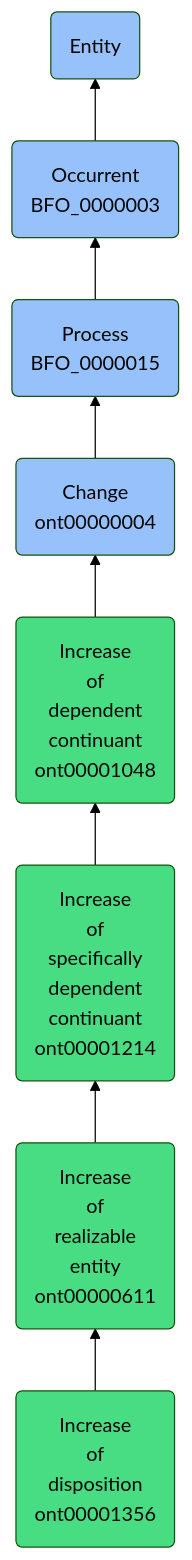
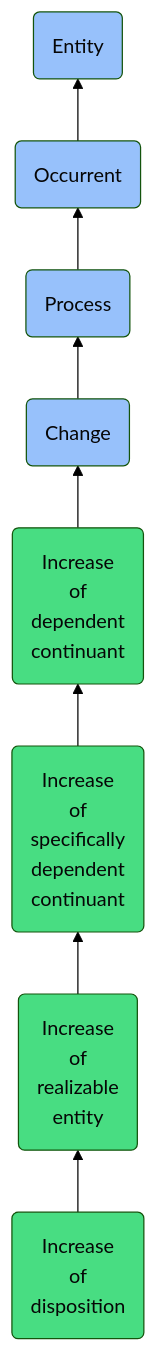
The diagram in docs/ontology/reference/model/Entity/Occurrent/Process/Change/Increase of dependent continuant/Increase of specifically dependent continuant/Increase of realizable entity/Increase of disposition/Increase of disposition.md (jupyter-naas/abi), drawn with Mermaid (forest theme) before and after one commit. The commit also changed other lines of this file and 1430 other files, not shown here.

````diff
--- a/docs/ontology/reference/model/Entity/Occurrent/Process/Change/Increase of dependent continuant/Increase of specifically dependent continuant/Increase of realizable entity/Increase of disposition/Increase of disposition.md
+++ b/docs/ontology/reference/model/Entity/Occurrent/Process/Change/Increase of dependent continuant/Increase of specifically dependent continuant/Increase of realizable entity/Increase of disposition/Increase of disposition.md
@@ -24,15 +24,15 @@
 ```mermaid
 graph BT
-    ont00001356(Increase<br>of<br>disposition<br>ont00001356):::ABI-->ont00000611
-    ont00000611(Increase<br>of<br>realizable<br>entity<br>ont00000611):::ABI-->ont00001214
-    ont00001214(Increase<br>of<br>specifically<br>dependent<br>continuant<br>ont00001214):::ABI-->ont00001048
-    ont00001048(Increase<br>of<br>dependent<br>continuant<br>ont00001048):::ABI-->ont00000004
-    ont00000004(Change<br>ont00000004):::BFO-->BFO_0000015
-    BFO_0000015(Process<br>BFO_0000015):::BFO-->BFO_0000003
-    BFO_0000003(Occurrent<br>BFO_0000003):::BFO-->BFO_0000001
+    ont00001356(Increase<br>of<br>disposition):::ABI-->ont00000611
+    ont00000611(Increase<br>of<br>realizable<br>entity):::ABI-->ont00001214
+    ont00001214(Increase<br>of<br>specifically<br>dependent<br>continuant):::ABI-->ont00001048
+    ont00001048(Increase<br>of<br>dependent<br>continuant):::ABI-->ont00000004
+    ont00000004(Change):::BFO-->BFO_0000015
+    BFO_0000015(Process):::BFO-->BFO_0000003
+    BFO_0000003(Occurrent):::BFO-->BFO_0000001
     BFO_0000001(Entity):::BFO
     
     classDef BFO fill:#97c1fb,color:#060606
     classDef CCO fill:#e4c51e,color:#060606
     classDef ABI fill:#48DD82,color:#060606
 ```
````
